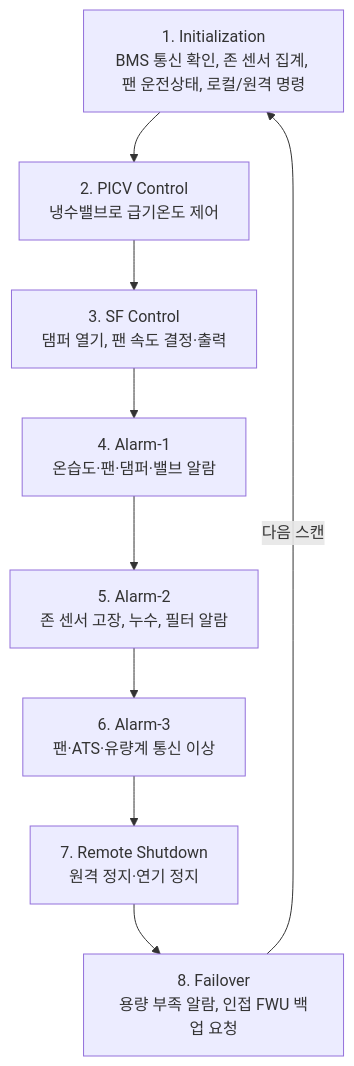
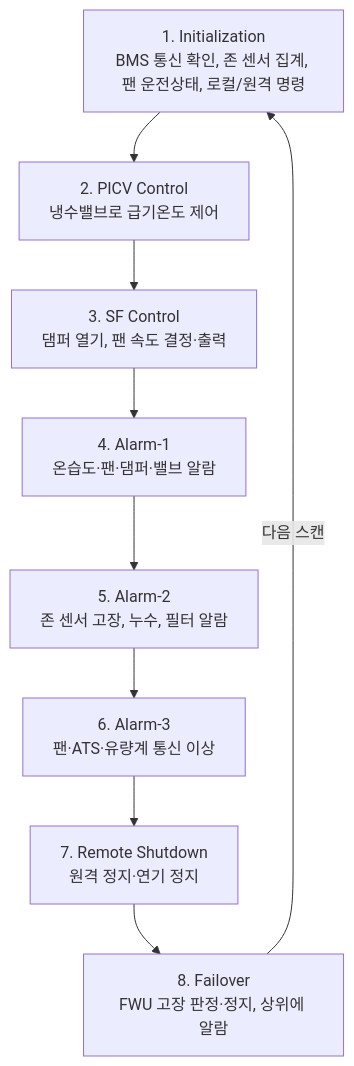
One commit to joo001121-create/FWU-logic changed the second of 12 diagrams in FWU_Logic_초보자_설명서.md. Above: the diagram before and after it, drawn with Mermaid. The commit also changed other lines of this file and 7 other files, not shown here.

````diff
--- a/FWU_Logic_초보자_설명서.md
+++ b/FWU_Logic_초보자_설명서.md
@@ -121,11 +134,11 @@
 ```mermaid
 flowchart TD
     A["1. Initialization<br/>BMS 통신 확인, 존 센서 집계, 팬 운전상태, 로컬/원격 명령"] --> B["2. PICV Control<br/>냉수밸브로 급기온도 제어"]
     B --> C["3. SF Control<br/>댐퍼 열기, 팬 속도 결정·출력"]
     C --> D["4. Alarm-1<br/>온습도·팬·댐퍼·밸브 알람"]
     D --> E["5. Alarm-2<br/>존 센서 고장, 누수, 필터 알람"]
     E --> F["6. Alarm-3<br/>팬·ATS·유량계 통신 이상"]
     F --> G["7. Remote Shutdown<br/>원격 정지·연기 정지"]
-    G --> H["8. Failover<br/>용량 부족 알람, 인접 FWU 백업 요청"]
+    G --> H["8. Failover<br/>FWU 고장 판정·정지, 상위에 알람"]
     H -->|"다음 스캔"| A
 ```
````
